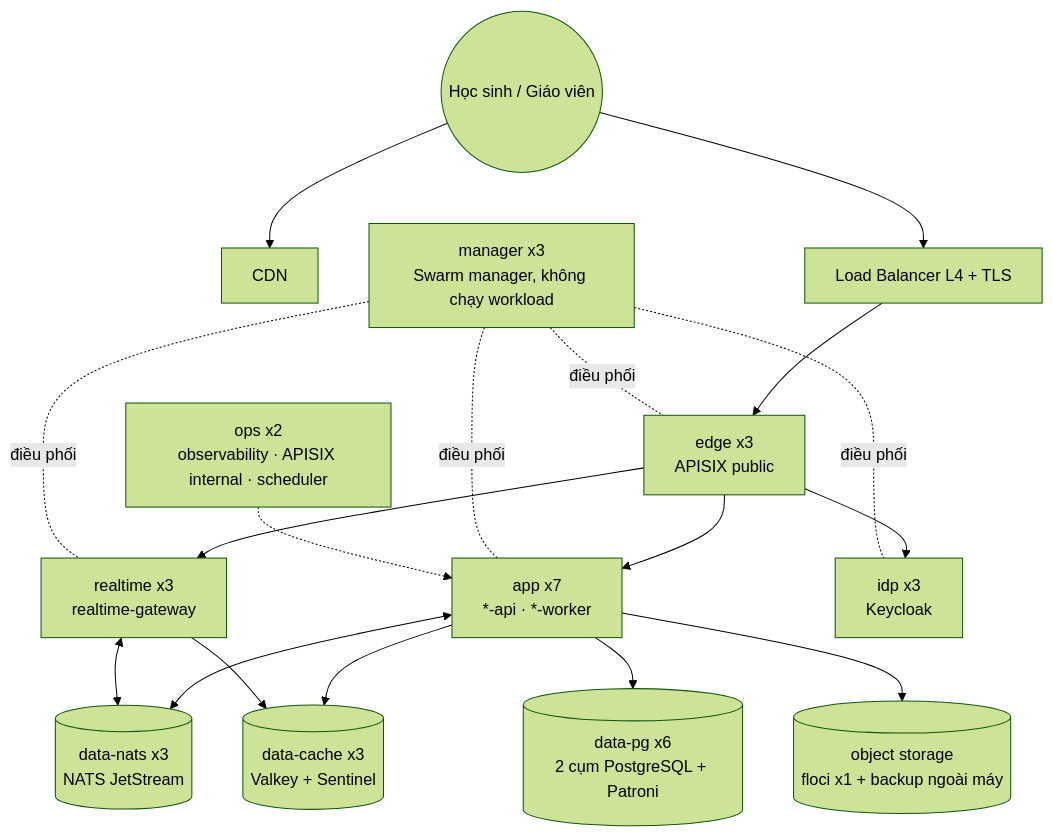
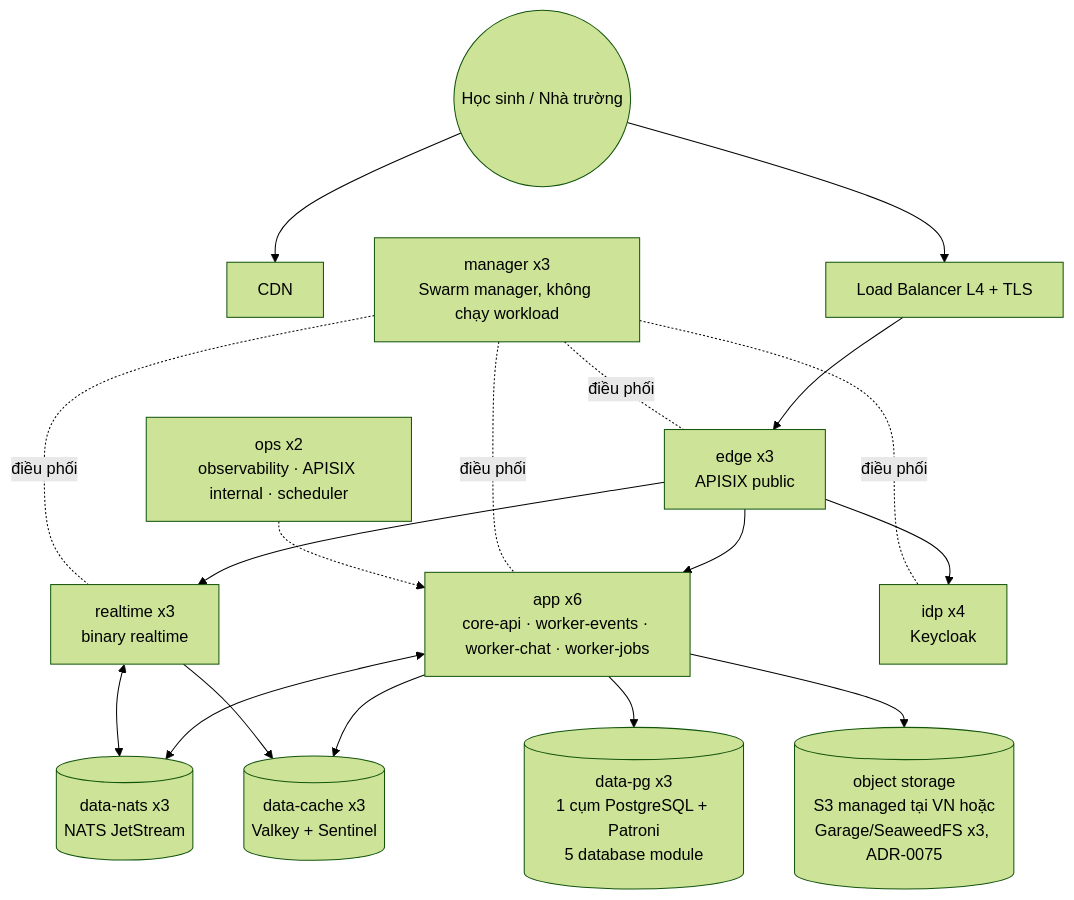
Before and after one commit to tanguyen2020/eduworld-platform: the second of 3 diagrams in docs/11-operations/DEPLOYMENT.md, drawn with Mermaid (forest theme). The commit also changed other lines of this file and 922 other files, not shown here.

````diff
--- a/docs/11-operations/DEPLOYMENT.md
+++ b/docs/11-operations/DEPLOYMENT.md
@@ -112,16 +109,16 @@
 ```mermaid
 flowchart TB
-  user((Học sinh / Giáo viên)) --> cdn[CDN]
+  user((Học sinh / Nhà trường)) --> cdn[CDN]
   user --> lb[Load Balancer L4 + TLS]
   lb --> edge[edge x3\nAPISIX public]
-  edge --> rt[realtime x3\nrealtime-gateway]
-  edge --> app[app x7\n*-api · *-worker]
-  edge --> idp[idp x3\nKeycloak]
+  edge --> rt[realtime x3\nbinary realtime]
+  edge --> app[app x6\ncore-api · worker-events · worker-chat · worker-jobs]
+  edge --> idp[idp x4\nKeycloak]
   app <--> nats[(data-nats x3\nNATS JetStream)]
   rt <--> nats
-  app --> pg[(data-pg x6\n2 cụm PostgreSQL + Patroni)]
+  app --> pg[(data-pg x3\n1 cụm PostgreSQL + Patroni\n5 database module)]
   app & rt --> vk[(data-cache x3\nValkey + Sentinel)]
-  app --> obj[(object storage\nfloci x1 + backup ngoài máy)]
+  app --> obj[(object storage\nS3 managed tại VN hoặc\nGarage/SeaweedFS x3, ADR-0075)]
   mgr[manager x3\nSwarm manager, không chạy workload] -.điều phối.- edge & rt & app & idp
   ops[ops x2\nobservability · APISIX internal · scheduler] -.-> app
 ```
````
